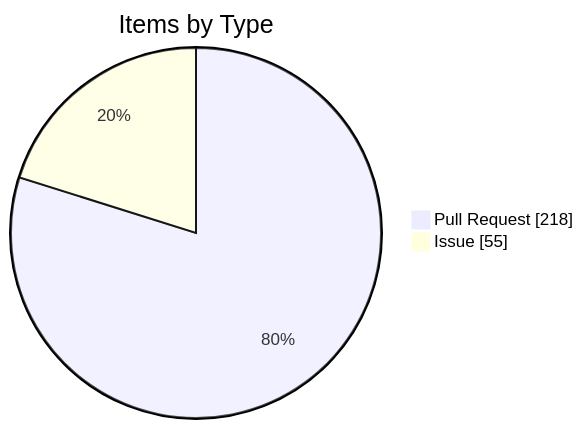
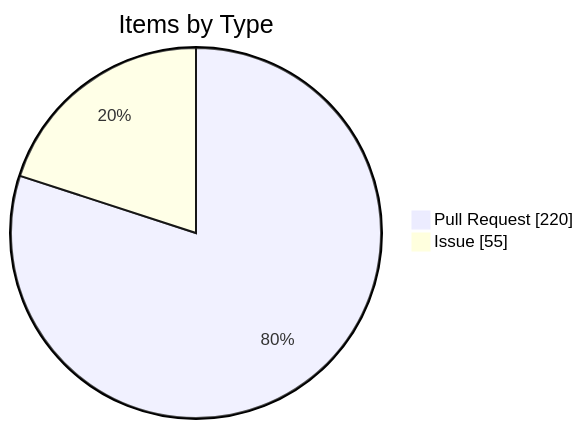
One commit to KBVE/kbve changed the fourth of 4 diagrams in apps/kbve/astro-kbve/src/content/docs/dashboard/kanban-data.mdx. Above: the diagram before and after it, drawn with Mermaid. The commit also changed other lines of this file and 7 other files, not shown here.

````diff
--- a/apps/kbve/astro-kbve/src/content/docs/dashboard/kanban-data.mdx
+++ b/apps/kbve/astro-kbve/src/content/docs/dashboard/kanban-data.mdx
@@ -116,6 +116,6 @@
 ```mermaid
 pie showData
     title Items by Type
-    "Pull Request" : 218
+    "Pull Request" : 220
     "Issue" : 55
 ```
````
